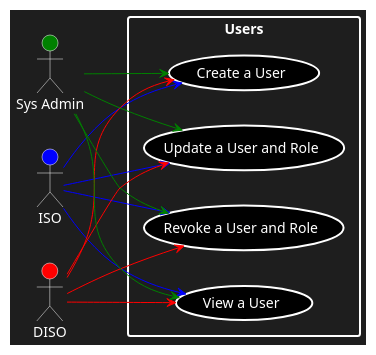
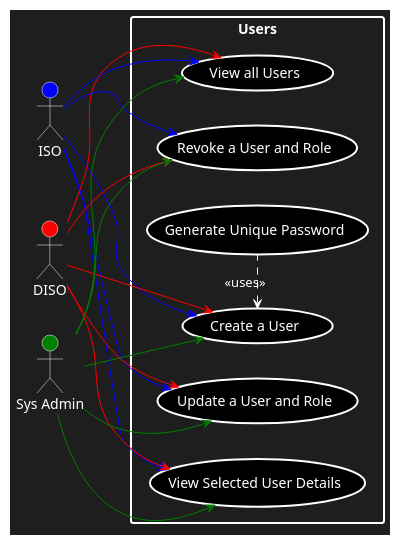
Before and after one commit to COS301-SE-2023/InfoSafe: the diagram in Documentation/Diagrams/Users.puml, drawn with PlantUML. The commit also changed 2 other files, not shown here.

Commit message:
Updated Usecase Diagrams

```diff
--- a/Documentation/Diagrams/Users.puml
+++ b/Documentation/Diagrams/Users.puml
@@ -1,25 +1,31 @@
 @startuml
 skinparam backgroundColor #1e1e1e
 left to right direction
 actor "ISO" as iso #blue;text:white;line:white
 actor "DISO" as diso #red;text:white;line:white
 actor "Sys Admin" as sa #green;text:white;line:white
 rectangle Users #text:white;line.bold;line:white {
   usecase "Create a User" as UC1 #black;text:white;line.bold;line:white
   usecase "Update a User and Role" as UC2 #black;text:white;line.bold;line:white
   usecase "Revoke a User and Role" as UC3 #black;text:white;line.bold;line:white
-  usecase "View a User" as UC4 #black;text:white;line.bold;line:white
+  usecase "View all Users" as UC4 #black;text:white;line.bold;line:white
+  usecase "View Selected User Details" as UC5 #black;text:white;line.bold;line:white
+  usecase "Generate Unique Password" as UC6 #black;text:white;line.bold;line:white
 }
 iso -[#blue]-> UC1
 iso -[#blue]-> UC2
 iso -[#blue]-> UC3
 iso -[#blue]-> UC4
+iso -[#blue]-> UC5
 diso -[#red]-> UC1
 diso -[#red]-> UC2
 diso -[#red]-> UC3
 diso -[#red]-> UC4
+diso -[#red]-> UC5
 sa -[#green]-> UC1
 sa -[#green]-> UC2
 sa -[#green]-> UC3
 sa -[#green]-> UC4
+sa -[#green]-> UC5
+UC1 <. (UC6) #line:white;text:white : <<uses>>
 @enduml
```
